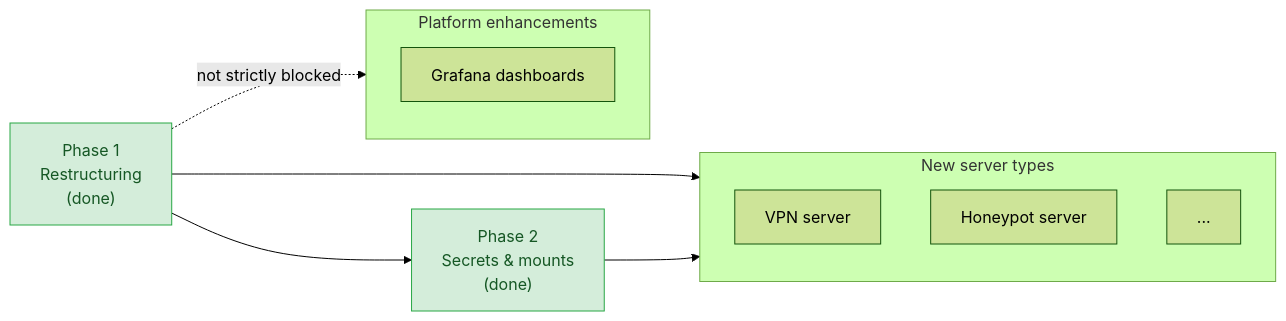
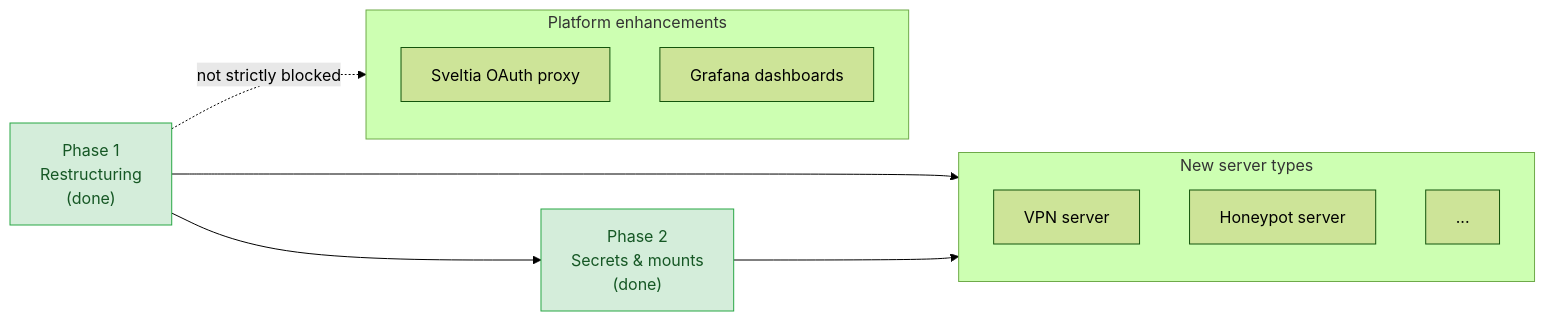
One commit to rednaw/iac changed the diagram in docs/future/README.md. Above: the diagram before and after it, drawn with Mermaid (forest theme). The commit also changed other lines of this file and 2 other files, not shown here.

````diff
--- a/docs/future/README.md
+++ b/docs/future/README.md
@@ -7,24 +7,25 @@
 ```mermaid
 flowchart LR
     restructure["Phase 1<br/>Restructuring<br/>(done)"]
     dx["Phase 2<br/>Secrets & mounts<br/>(done)"]
 
     subgraph servers ["New server types"]
         vpn["VPN server"]
         honeypot["Honeypot server"]
         future["..."]
     end
 
     subgraph enhancements ["Platform enhancements"]
+        auth["Sveltia OAuth proxy"]
         grafana["Grafana dashboards"]
     end
 
     restructure --> servers
     restructure --> dx
     dx --> servers
     restructure -.->|not strictly blocked| enhancements
 
     classDef done fill:#d4edda,stroke:#28a745,color:#155724
     class restructure done
     class dx done
 ```
````
